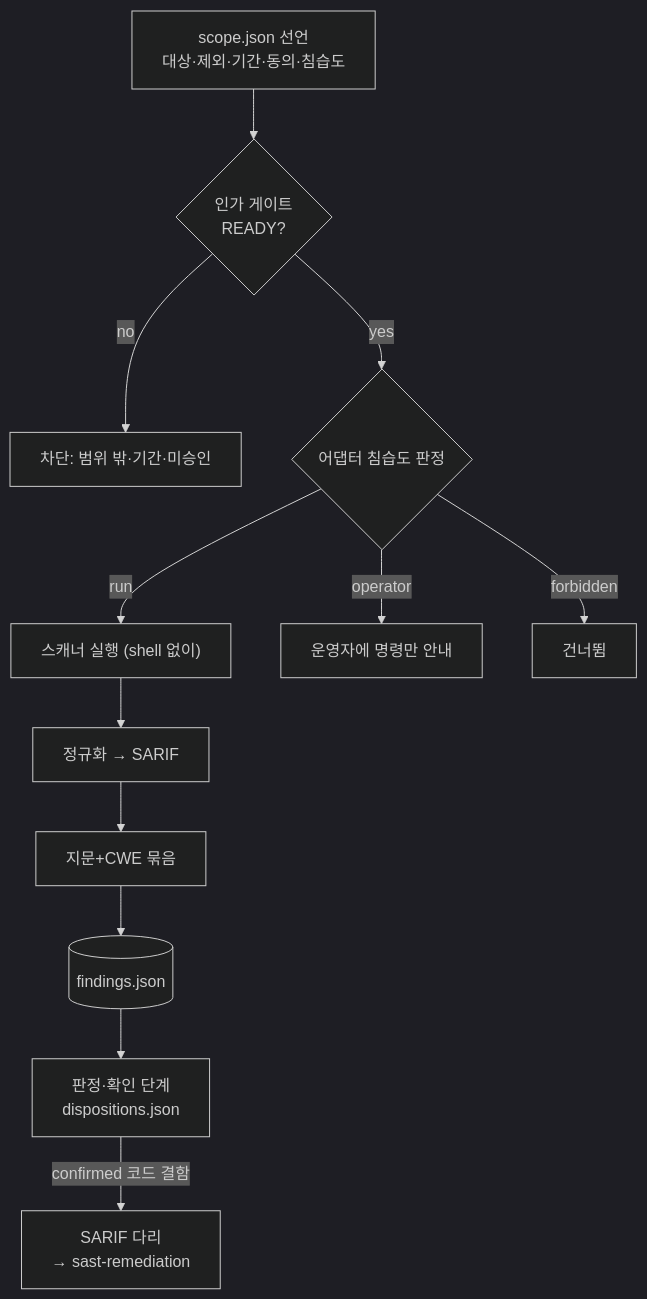
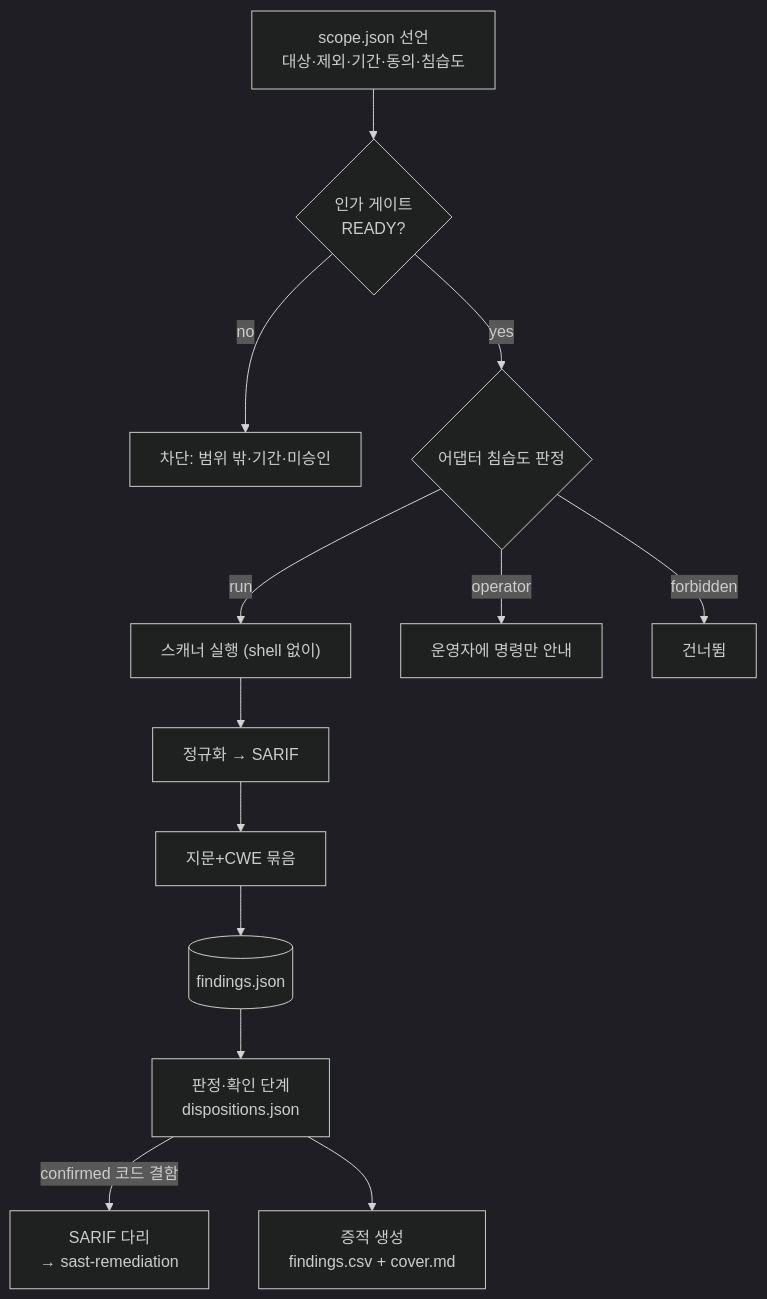
The diagram in plugins/security-assessment/skills/security-assessment/toolkit/docs/HOW_IT_WORKS.md (seo0tak/agent-skills), drawn with Mermaid (dark theme) before and after one commit. The commit also changed other lines of this file and 16 other files, not shown here.

````diff
--- a/plugins/security-assessment/skills/security-assessment/toolkit/docs/HOW_IT_WORKS.md
+++ b/plugins/security-assessment/skills/security-assessment/toolkit/docs/HOW_IT_WORKS.md
@@ -8,14 +8,15 @@
 ```mermaid
 flowchart TD
   scope["scope.json 선언<br/>대상·제외·기간·동의·침습도"] --> gate{"인가 게이트<br/>READY?"}
   gate -- "no" --> blocked["차단: 범위 밖·기간·미승인"]
   gate -- "yes" --> decide{"어댑터 침습도 판정"}
   decide -- "run" --> exec["스캐너 실행 (shell 없이)"]
   decide -- "operator" --> instruct["운영자에 명령만 안내"]
   decide -- "forbidden" --> skip["건너뜀"]
   exec --> norm["정규화 → SARIF"]
   norm --> merge["지문+CWE 묶음"]
   merge --> findings[("findings.json")]
   findings --> disp["판정·확인 단계<br/>dispositions.json"]
   disp -- "confirmed 코드 결함" --> bridge["SARIF 다리<br/>→ sast-remediation"]
+  disp --> evidence["증적 생성<br/>findings.csv + cover.md"]
 ```
````
